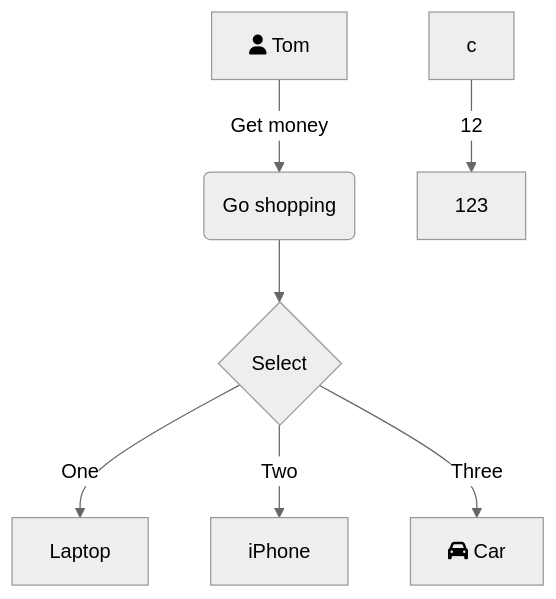
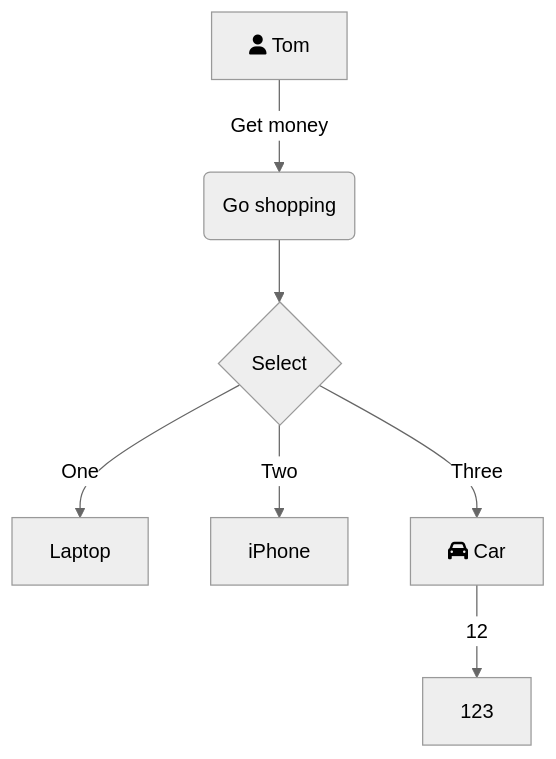
The diagram in all/未命名.md (zhuzhai66/iodraw-files), drawn with Mermaid (neutral theme) before and after one commit.

Commit message:
2026-02-22 15:29:43 update

````diff
--- a/all/未命名.md
+++ b/all/未命名.md
@@ -1,9 +1,9 @@
 ```mermaid
 graph TD
     A[fa:fa-user Tom] -->|Get money| B(Go shopping)
     B --> C{Select}
     C -->|One| D[Laptop]
     C -->|Two| E[iPhone]
     C -->|Three| F[fa:fa-car Car]
-     c-->|12|g[123]
+    -->|12|g[123]
 ```
````
